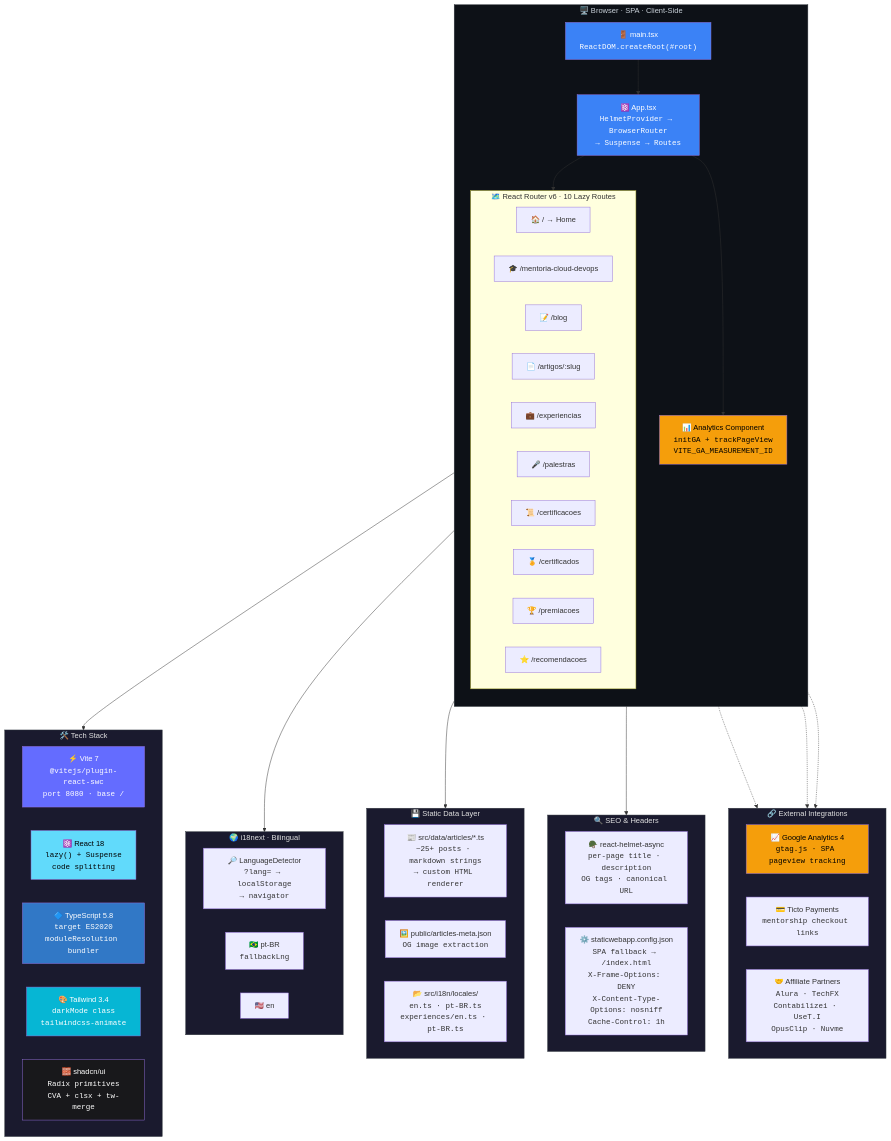
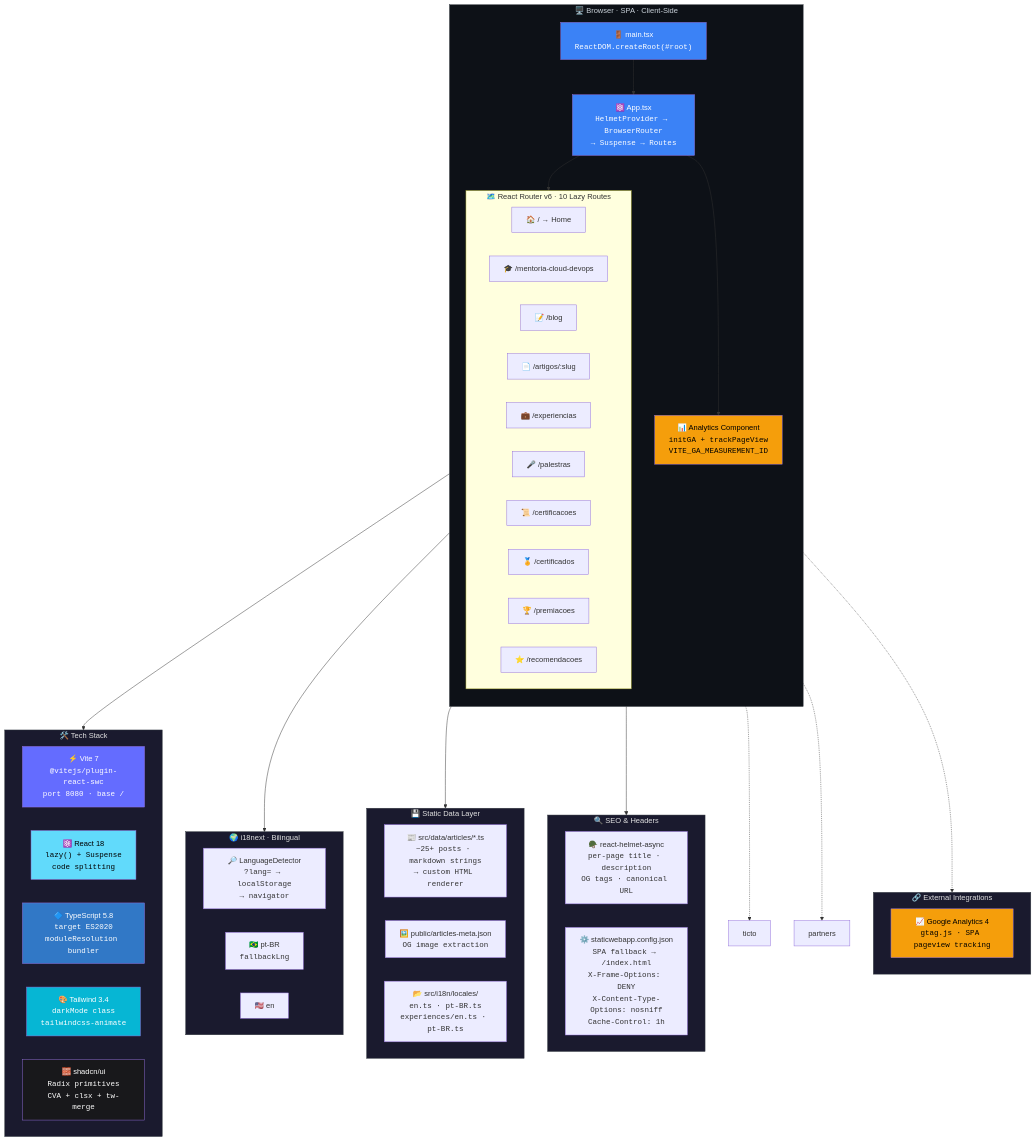
Before and after one commit to orafaelferreiraa/orafaelferreira-com: the third of 5 diagrams in README.md, drawn with Mermaid. The commit also changed other lines of this file, not shown here.

Commit message:
refactor(docs): update README for clarity and consistency; improve section titles and diagram labels

```diff
--- a/README.md
+++ b/README.md
@@ -339,8 +339,6 @@
     subgraph external["🔗 External Integrations"]
         direction LR
         ga["📈 Google Analytics 4<br/><code>gtag.js · SPA pageview tracking</code>"]
-        ticto["💳 Ticto Payments<br/><code>mentorship checkout links</code>"]
-        partners["🤝 Affiliate Partners<br/><code>Alura · TechFX<br/>Contabilizei · UseT.I<br/>OpusClip · Nuvme</code>"]
     end
 
     client --> stack
```
